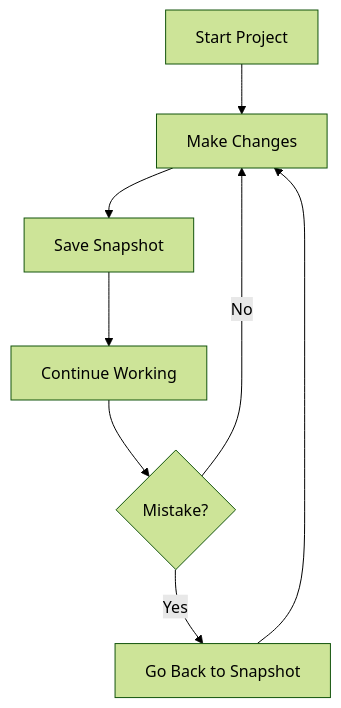
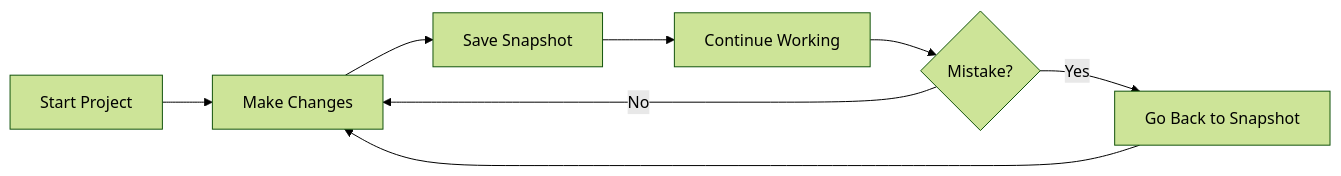
Before and after one commit to ElnurBDa/python-course: the first of 8 diagrams in markdown_files/module_git_presenterm.md, drawn with Mermaid (forest theme).

````diff
--- a/markdown_files/module_git_presenterm.md
+++ b/markdown_files/module_git_presenterm.md
@@ -60,10 +60,10 @@
 ```mermaid +render
-flowchart TD
+flowchart LR
     A[Start Project] --> B[Make Changes]
     B --> C[Save Snapshot]
     C --> D[Continue Working]
     D --> E{Mistake?}
     E -->|Yes| F[Go Back to Snapshot]
     E -->|No| B
     F --> B
 ```
````
